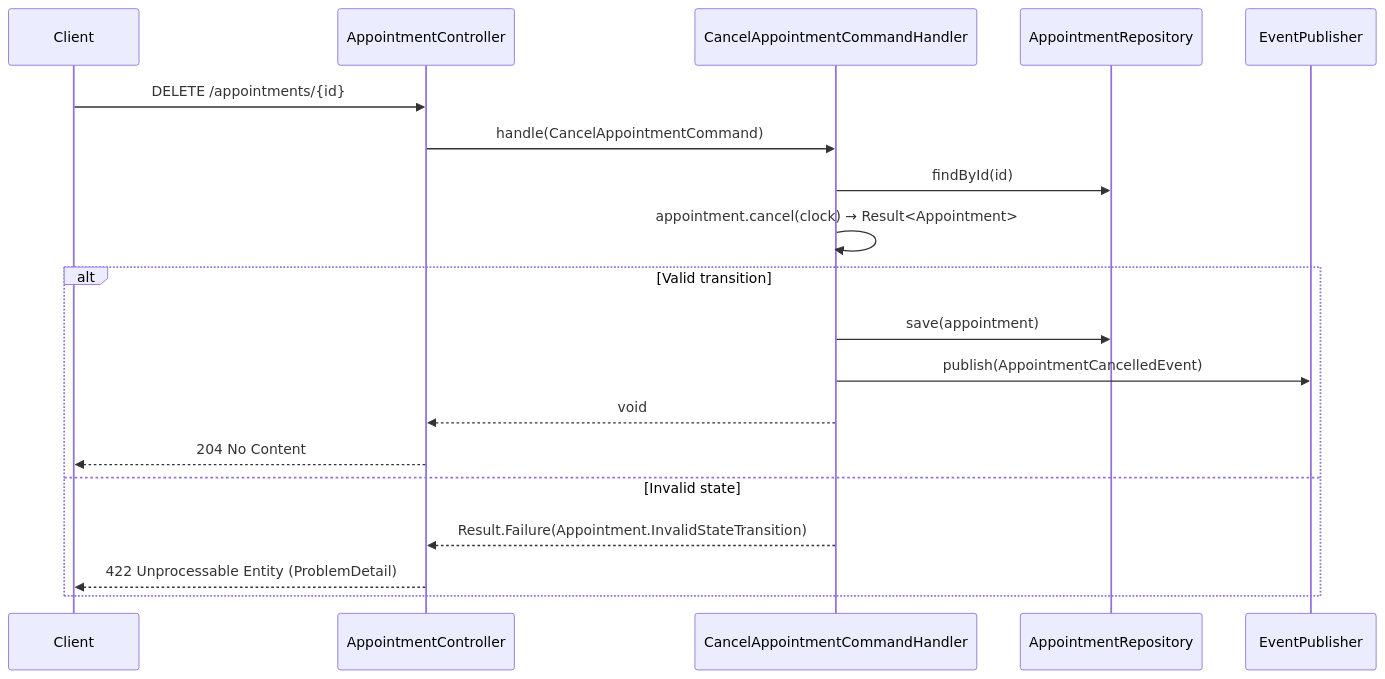
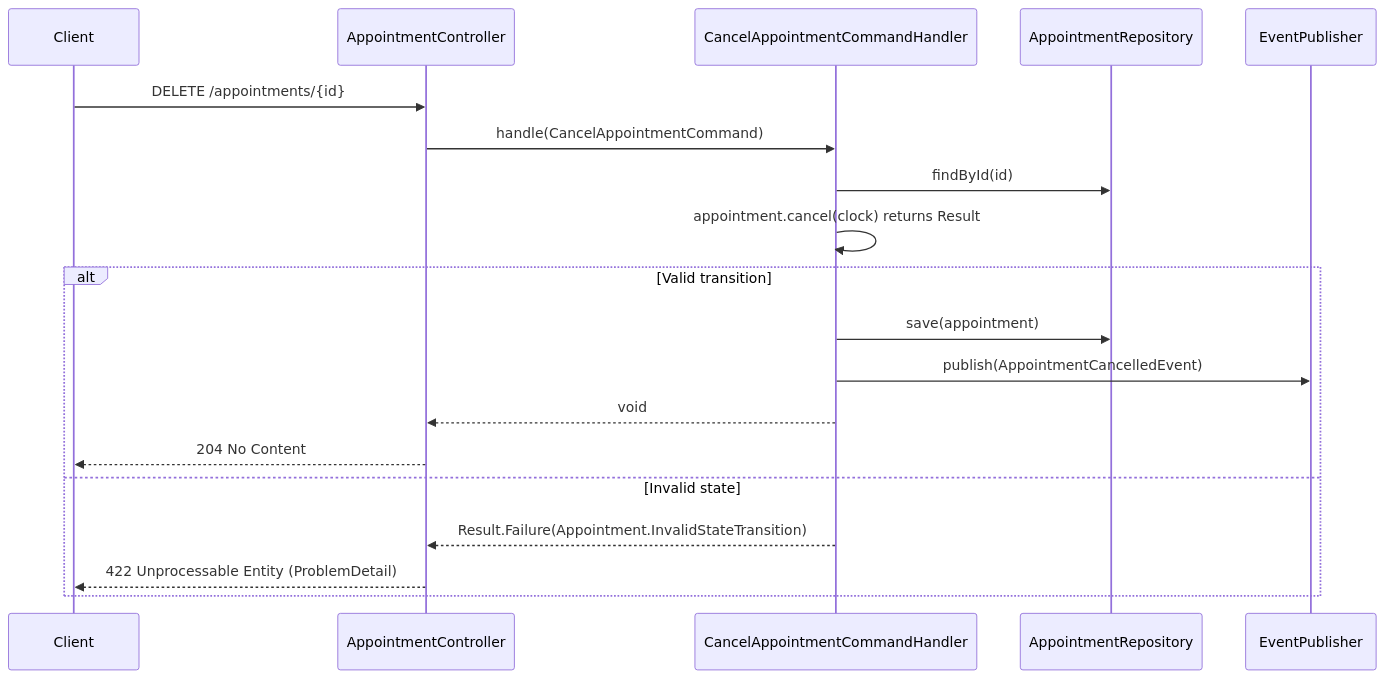
The fourth of 6 diagrams in docs/02-design.md (huuddd/Keyloop-OA), drawn with Mermaid before and after one commit. The commit also changed other lines of this file, not shown here.

First line of the commit message:
fix: Mermaid syntax in remaining design doc diagrams

````diff
--- a/docs/02-design.md
+++ b/docs/02-design.md
@@ -235,22 +235,22 @@
 ```mermaid
 sequenceDiagram
     participant C as Client
     participant AC as AppointmentController
     participant CH as CancelAppointmentCommandHandler
     participant AR as AppointmentRepository
     participant EP as EventPublisher
 
     C->>AC: DELETE /appointments/{id}
     AC->>CH: handle(CancelAppointmentCommand)
     CH->>AR: findById(id)
-    CH->>CH: appointment.cancel(clock) → Result<Appointment>
+    CH->>CH: appointment.cancel(clock) returns Result
     alt Valid transition
         CH->>AR: save(appointment)
         CH->>EP: publish(AppointmentCancelledEvent)
         CH-->>AC: void
         AC-->>C: 204 No Content
     else Invalid state
         CH-->>AC: Result.Failure(Appointment.InvalidStateTransition)
         AC-->>C: 422 Unprocessable Entity (ProblemDetail)
     end
 ```
````
